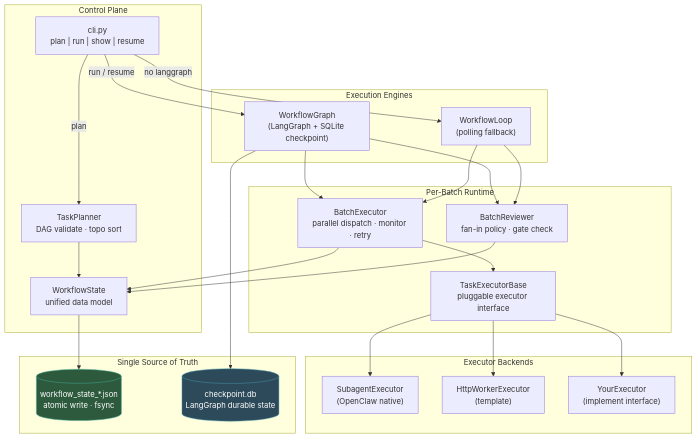
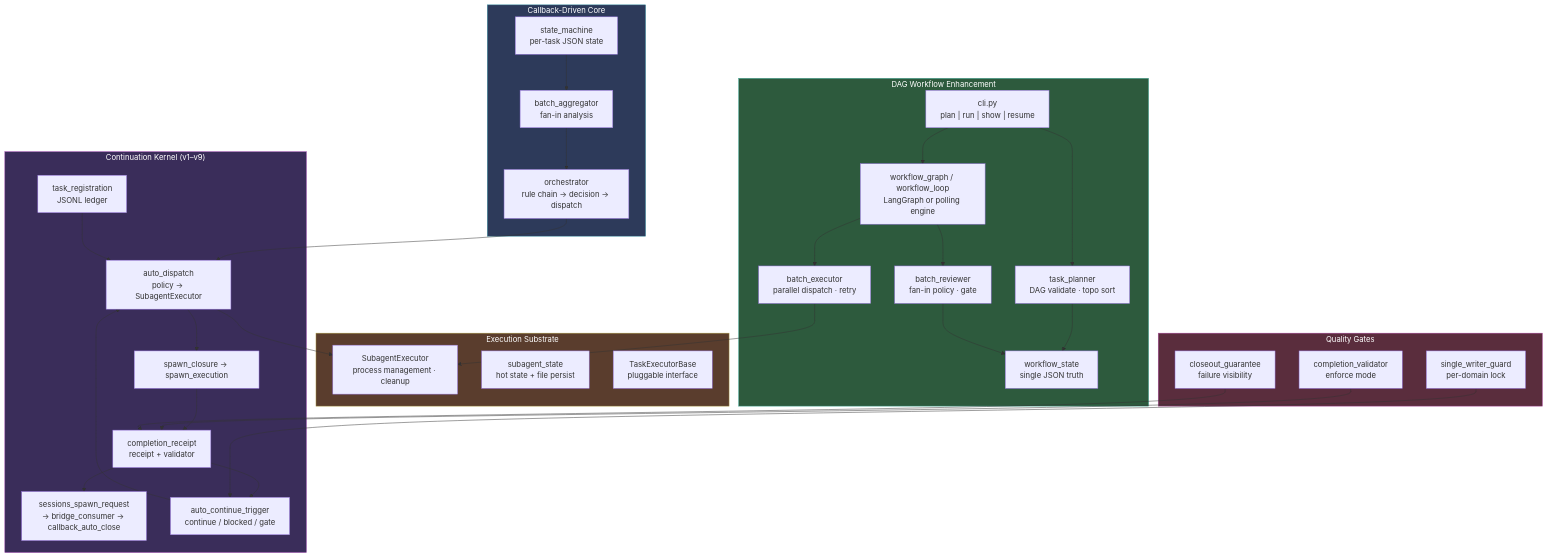
The first of 2 diagrams in README.md (lanyasheng/openclaw-company-orchestration-proposal), drawn with Mermaid before and after one commit. The commit also changed other lines of this file and 4 other files, not shown here.

First line of the commit message:
docs: unify architecture narrative — three integrated layers, not v1 vs v2

````diff
--- a/README.md
+++ b/README.md
@@ -38,44 +26,57 @@
 ```mermaid
 graph TD
-  subgraph Control["Control Plane"]
-    CLI["cli.py<br/>plan | run | show | resume"]
-    TP["TaskPlanner<br/>DAG validate · topo sort"]
-    WS["WorkflowState<br/>unified data model"]
+  subgraph Core["Callback-Driven Core"]
+    SM["state_machine<br/>per-task JSON state"]
+    BA["batch_aggregator<br/>fan-in analysis"]
+    OR["orchestrator<br/>rule chain → decision → dispatch"]
   end
 
-  subgraph Engines["Execution Engines"]
-    LG["WorkflowGraph<br/>(LangGraph + SQLite checkpoint)"]
-    WL["WorkflowLoop<br/>(polling fallback)"]
+  subgraph Kernel["Continuation Kernel (v1–v9)"]
+    TR["task_registration<br/>JSONL ledger"]
+    AD["auto_dispatch<br/>policy → SubagentExecutor"]
+    SC["spawn_closure → spawn_execution"]
+    CR["completion_receipt<br/>receipt + validator"]
+    SR["sessions_spawn_request<br/>→ bridge_consumer → callback_auto_close"]
+    AT["auto_continue_trigger<br/>continue / blocked / gate"]
   end
 
-  subgraph Runtime["Per-Batch Runtime"]
-    BE["BatchExecutor<br/>parallel dispatch · monitor · retry"]
-    SE["TaskExecutorBase<br/>pluggable executor interface"]
-    BR["BatchReviewer<br/>fan-in policy · gate check"]
+  subgraph DAG["DAG Workflow Enhancement"]
+    WS["workflow_state<br/>single JSON truth"]
+    TP["task_planner<br/>DAG validate · topo sort"]
+    BE["batch_executor<br/>parallel dispatch · retry"]
+    BR["batch_reviewer<br/>fan-in policy · gate"]
+    WG["workflow_graph / workflow_loop<br/>LangGraph or polling engine"]
+    CLI["cli.py<br/>plan | run | show | resume"]
   end
 
-  subgraph Executors["Executor Backends"]
-    SAE["SubagentExecutor<br/>(OpenClaw native)"]
-    HTTP["HttpWorkerExecutor<br/>(template)"]
-    CUSTOM["YourExecutor<br/>(implement interface)"]
+  subgraph Exec["Execution Substrate"]
+    SE["SubagentExecutor<br/>process management · cleanup"]
+    SS["subagent_state<br/>hot state + file persist"]
+    EI["TaskExecutorBase<br/>pluggable interface"]
   end
 
-  subgraph Persistence["Single Source of Truth"]
-    JSON[("workflow_state_*.json<br/>atomic write · fsync")]
-    CK[("checkpoint.db<br/>LangGraph durable state")]
+  subgraph Quality["Quality Gates"]
+    CV["completion_validator<br/>enforce mode"]
+    SW["single_writer_guard<br/>per-domain lock"]
+    CG["closeout_guarantee<br/>failure visibility"]
   end
 
-  CLI -->|plan| TP
-  TP --> WS --> JSON
-  CLI -->|run / resume| LG
-  CLI -->|no langgraph| WL
-  LG & WL --> BE
-  LG & WL --> BR
-  BE --> SE
-  SE --> SAE & HTTP & CUSTOM
-  LG --> CK
-  BE & BR --> WS
+  OR --> AD
+  AD --> SE
+  CR --> AT
+  AT --> AD
+  SM --> BA --> OR
+  TR --> AD --> SC --> CR --> SR
+  CLI --> TP --> WS
+  CLI --> WG --> BE --> SE
+  WG --> BR --> WS
+  CV --> CR
+  SW --> AT
+  CG --> CR
 
-  style JSON fill:#2d5a3d,stroke:#4a9,color:#fff
-  style CK fill:#2d4a5a,stroke:#49a,color:#fff
+  style Core fill:#2d3a5a,stroke:#49a,color:#fff
+  style Kernel fill:#3a2d5a,stroke:#94a,color:#fff
+  style DAG fill:#2d5a3d,stroke:#4a9,color:#fff
+  style Exec fill:#5a3d2d,stroke:#a94,color:#fff
+  style Quality fill:#5a2d3d,stroke:#a49,color:#fff
 ```
````
